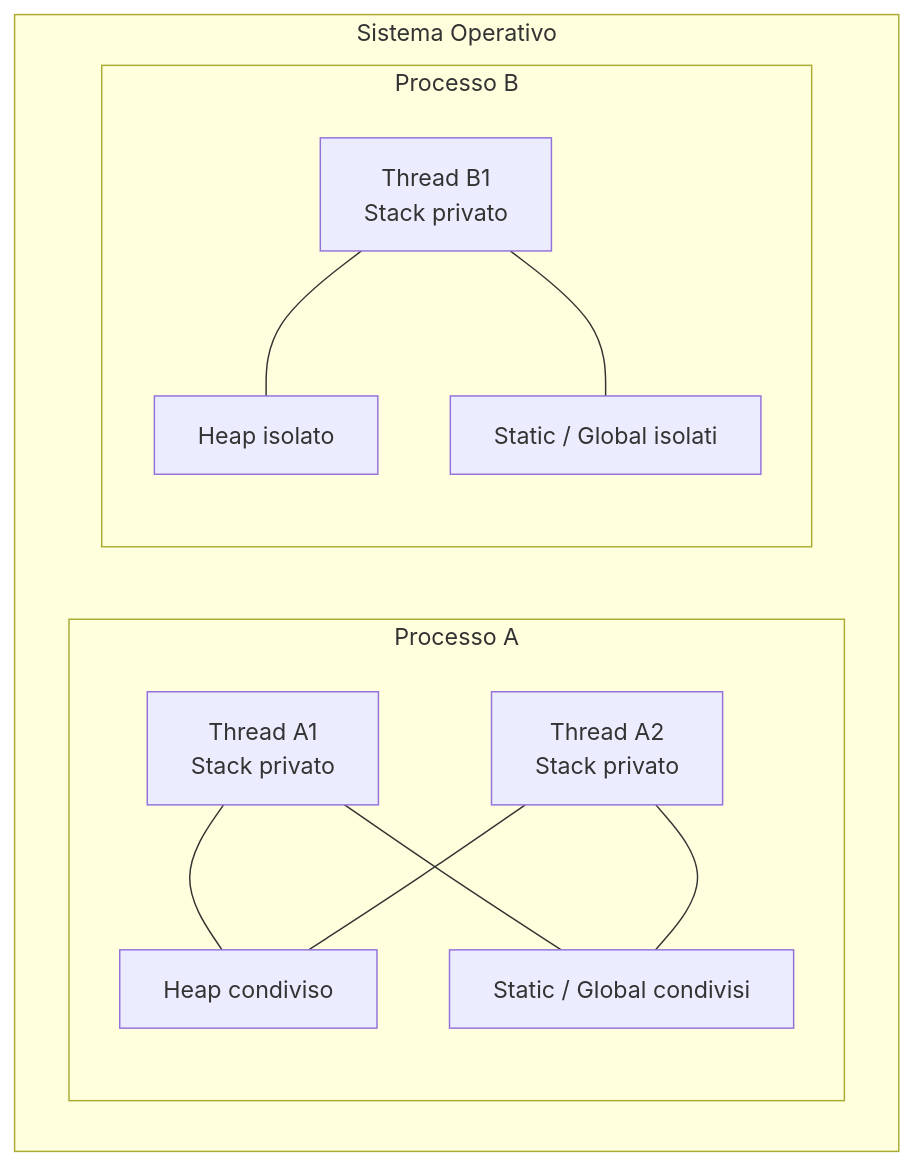
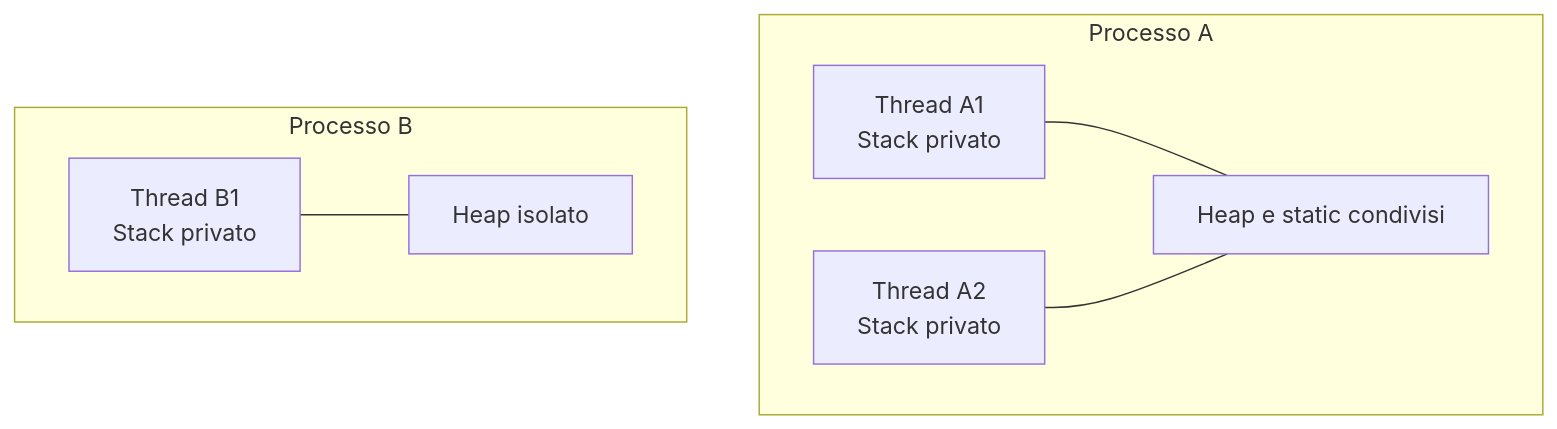
The first of 2 diagrams in src/content/informatica/csharp/thread.mdx (DennisTurco/AppuntiFacili), drawn with Mermaid before and after one commit. The commit also changed other lines of this file and 86 other files, not shown here.

````diff
--- a/src/content/informatica/csharp/thread.mdx
+++ b/src/content/informatica/csharp/thread.mdx
@@ -47,23 +23,15 @@
 ```mermaid
 flowchart TB
-    subgraph OS["Sistema Operativo"]
-        subgraph P1["Processo A"]
-            H1["Heap condiviso"]
-            S1["Static / Global condivisi"]
-            T1["Thread A1\nStack privato"]
-            T2["Thread A2\nStack privato"]
-            T1 --- H1
-            T2 --- H1
-            T1 --- S1
-            T2 --- S1
-        end
-
-        subgraph P2["Processo B"]
-            H2["Heap isolato"]
-            S2["Static / Global isolati"]
-            T3["Thread B1\nStack privato"]
-            T3 --- H2
-            T3 --- S2
-        end
+    subgraph P1["Processo A"]
+        H1["Heap e static condivisi"]
+        T1["Thread A1\nStack privato"]
+        T2["Thread A2\nStack privato"]
+        T1 --- H1
+        T2 --- H1
+    end
+    subgraph P2["Processo B"]
+        H2["Heap isolato"]
+        T3["Thread B1\nStack privato"]
+        T3 --- H2
     end
 ```
````
